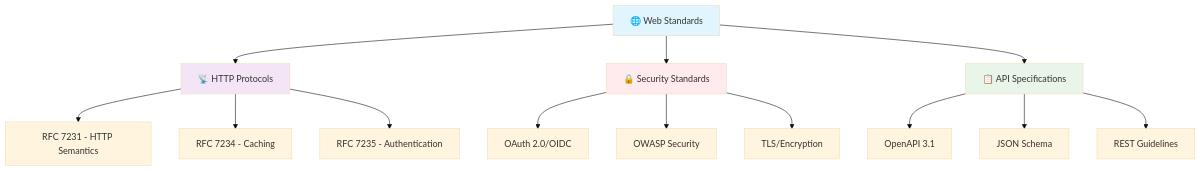
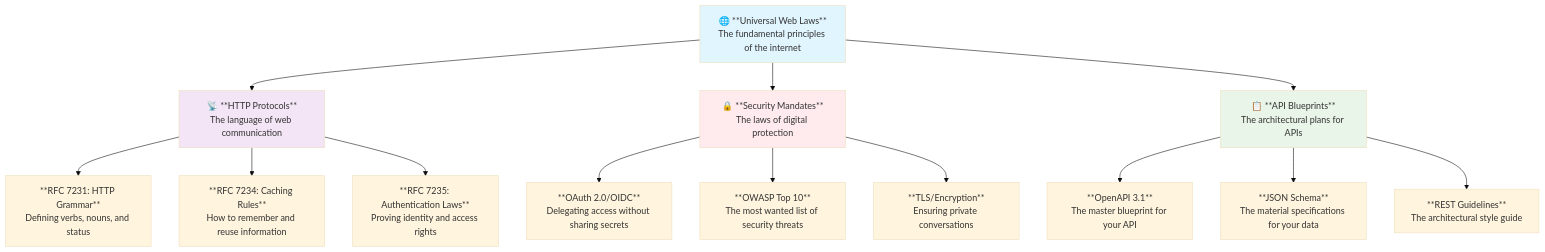
One commit to ridwanspace/restful-fastapi-guideline changed the first of 3 diagrams in app/docs/03_intermediate/10-references-standards/page.mdx. Above: the diagram before and after it, drawn with Mermaid (base theme). The commit also changed other lines of this file and 3 other files, not shown here.

````diff
--- a/app/docs/03_intermediate/10-references-standards/page.mdx
+++ b/app/docs/03_intermediate/10-references-standards/page.mdx
@@ -11,23 +13,23 @@
 ```mermaid
 graph TD
-    A[🌐 Web Standards] --> B[📡 HTTP Protocols]
-    A --> C[🔒 Security Standards]
-    A --> D[📋 API Specifications]
-    
-    B --> B1[RFC 7231 - HTTP Semantics]
-    B --> B2[RFC 7234 - Caching]
-    B --> B3[RFC 7235 - Authentication]
-    
-    C --> C1[OAuth 2.0/OIDC]
-    C --> C2[OWASP Security]
-    C --> C3[TLS/Encryption]
-    
-    D --> D1[OpenAPI 3.1]
-    D --> D2[JSON Schema]
-    D --> D3[REST Guidelines]
-    
+    A[🌐 **Universal Web Laws**<br/>The fundamental principles of the internet] --> B[📡 **HTTP Protocols**<br/>The language of web communication]
+    A --> C[🔒 **Security Mandates**<br/>The laws of digital protection]
+    A --> D[📋 **API Blueprints**<br/>The architectural plans for APIs]
+
+    B --> B1[**RFC 7231: HTTP Grammar**<br/>Defining verbs, nouns, and status]
+    B --> B2[**RFC 7234: Caching Rules**<br/>How to remember and reuse information]
+    B --> B3[**RFC 7235: Authentication Laws**<br/>Proving identity and access rights]
+
+    C --> C1[**OAuth 2.0/OIDC**<br/>Delegating access without sharing secrets]
+    C --> C2[**OWASP Top 10**<br/>The most wanted list of security threats]
+    C --> C3[**TLS/Encryption**<br/>Ensuring private conversations]
+
+    D --> D1[**OpenAPI 3.1**<br/>The master blueprint for your API]
+    D --> D2[**JSON Schema**<br/>The material specifications for your data]
+    D --> D3[**REST Guidelines**<br/>The architectural style guide]
+
     style A fill:#e1f5fe
     style B fill:#f3e5f5
     style C fill:#ffebee
     style D fill:#e8f5e8
 ```
````
